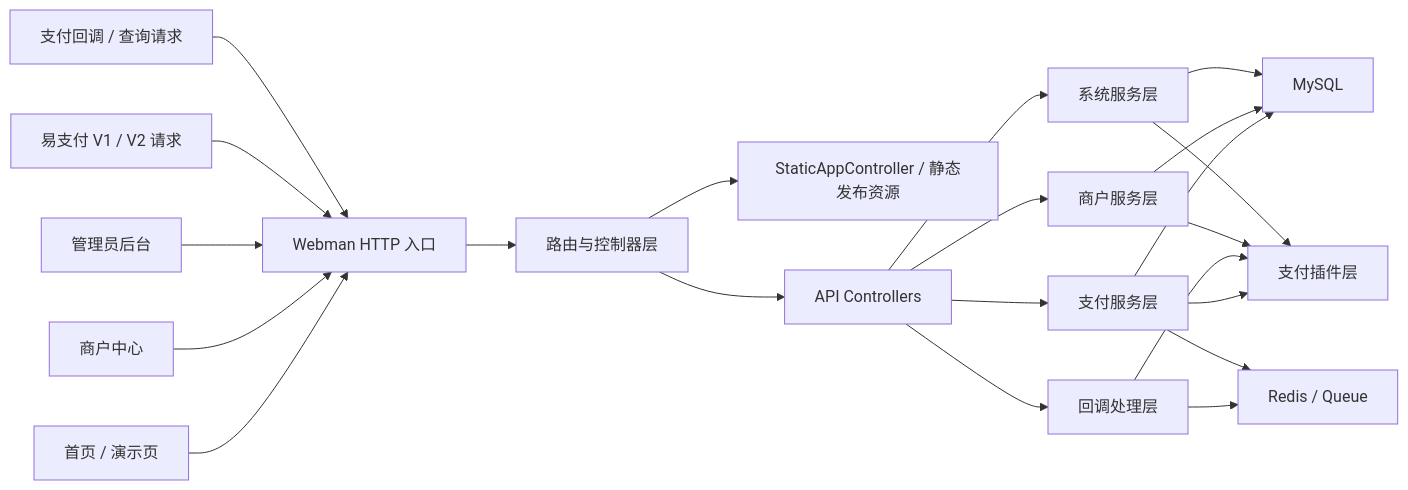
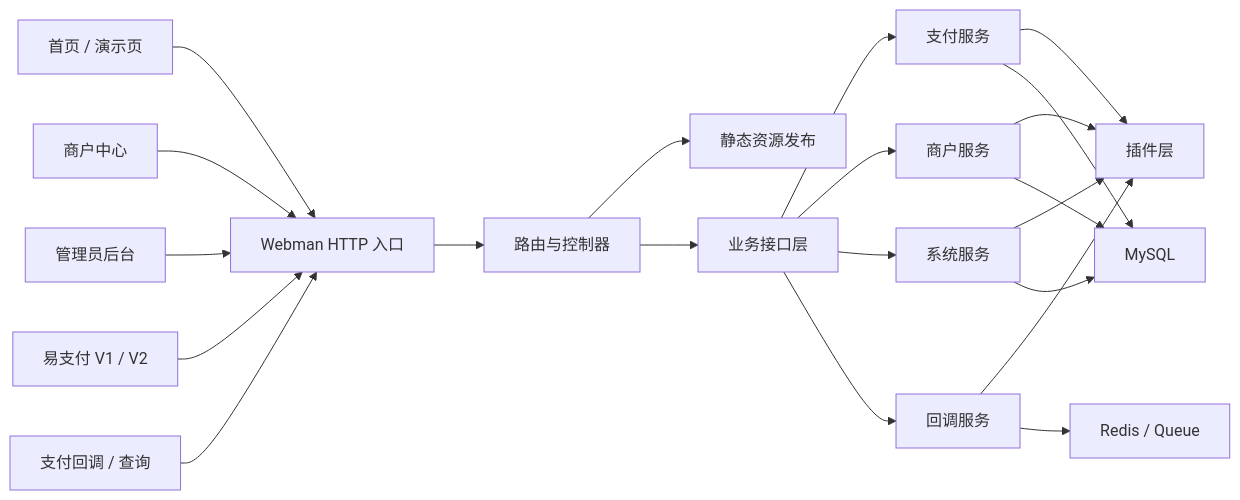
Before and after one commit to hzgz/NexPay: the diagram in README.md, drawn with Mermaid. The commit also changed other lines of this file and 13 other files, not shown here.

````diff
--- a/README.md
+++ b/README.md
@@ -61,28 +25,27 @@
 ```mermaid
 flowchart LR
     Home["首页 / 演示页"] --> Webman["Webman HTTP 入口"]
     Merchant["商户中心"] --> Webman
     Admin["管理员后台"] --> Webman
-    Compat["易支付 V1 / V2 请求"] --> Webman
-    Callback["支付回调 / 查询请求"] --> Webman
+    Compat["易支付 V1 / V2"] --> Webman
+    Callback["支付回调 / 查询"] --> Webman
 
-    Webman --> Router["路由与控制器层"]
-    Router --> Static["StaticAppController / 静态发布资源"]
-    Router --> Api["API Controllers"]
+    Webman --> Router["路由与控制器"]
+    Router --> Static["静态资源发布"]
+    Router --> Api["业务接口层"]
 
-    Api --> Payment["支付服务层"]
-    Api --> MerchantSvc["商户服务层"]
-    Api --> SystemSvc["系统服务层"]
-    Api --> CallbackSvc["回调处理层"]
+    Api --> Payment["支付服务"]
+    Api --> MerchantSvc["商户服务"]
+    Api --> SystemSvc["系统服务"]
+    Api --> CallbackSvc["回调服务"]
 
-    Payment --> Plugins["支付插件层"]
+    Payment --> Plugins["插件层"]
     CallbackSvc --> Plugins
     MerchantSvc --> Plugins
     SystemSvc --> Plugins
 
     Payment --> MySQL["MySQL"]
     MerchantSvc --> MySQL
     SystemSvc --> MySQL
     CallbackSvc --> Redis["Redis / Queue"]
-    Payment --> Redis
 ```
````
